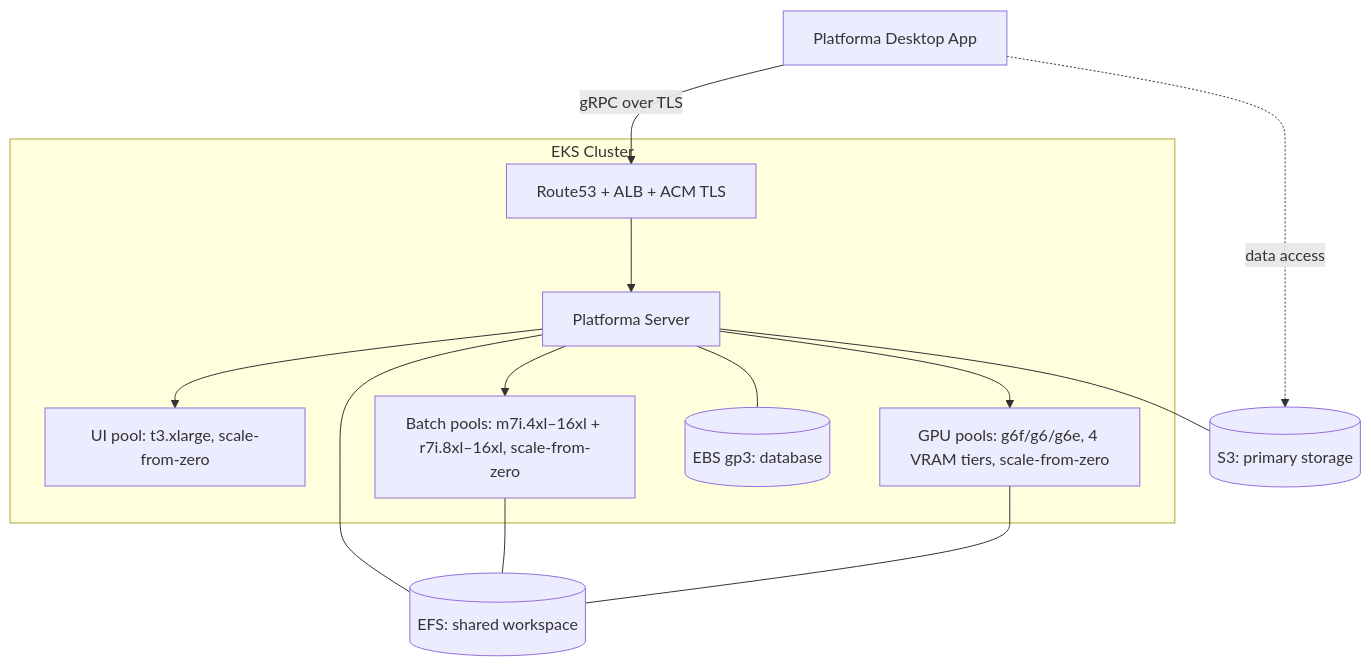
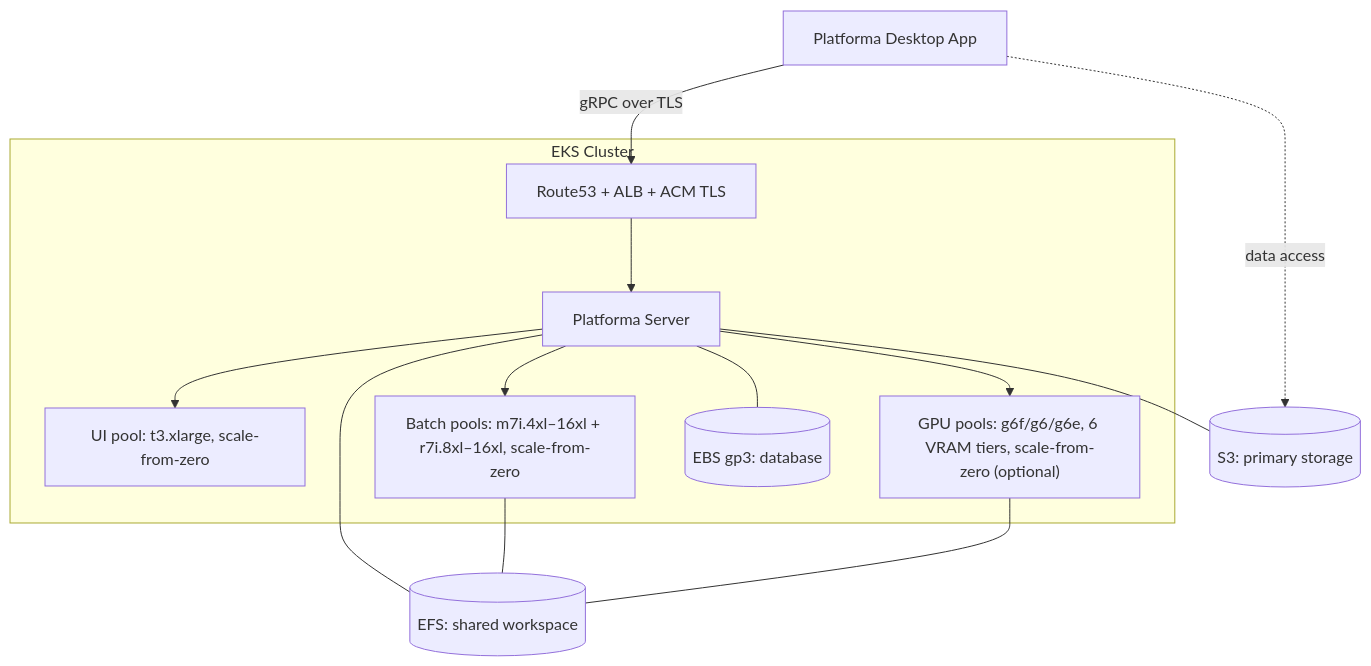
Before and after one commit to milaboratory/platforma-helm: the diagram in infrastructure/aws/README.md, drawn with Mermaid. The commit also changed other lines of this file and 2 other files, not shown here.

First line of the commit message:
sync: Merge pull request #1800 from milaboratory/gpu-flag

````diff
--- a/infrastructure/aws/README.md
+++ b/infrastructure/aws/README.md
@@ -9,22 +9,22 @@
 ```mermaid
 graph TD
     desktop["Platforma Desktop App"]
     dns["Route53 + ALB + ACM TLS"]
     s3[("S3: primary storage")]
 
     desktop -->|"gRPC over TLS"| dns
     desktop -.->|"data access"| s3
 
     subgraph EKS["EKS Cluster"]
         dns --> platforma["Platforma Server"]
         platforma --> ui["UI pool: t3.xlarge, scale-from-zero"]
         platforma --> batch["Batch pools: m7i.4xl–16xl + r7i.8xl–16xl, scale-from-zero"]
-        platforma --> gpu["GPU pools: g6f/g6/g6e, 4 VRAM tiers, scale-from-zero"]
+        platforma --> gpu["GPU pools: g6f/g6/g6e, 6 VRAM tiers, scale-from-zero (optional)"]
         platforma --- ebs[("EBS gp3: database")]
     end
 
     platforma --- s3
     platforma --- efs[("EFS: shared workspace")]
     batch --- efs
     gpu --- efs
 ```
````
